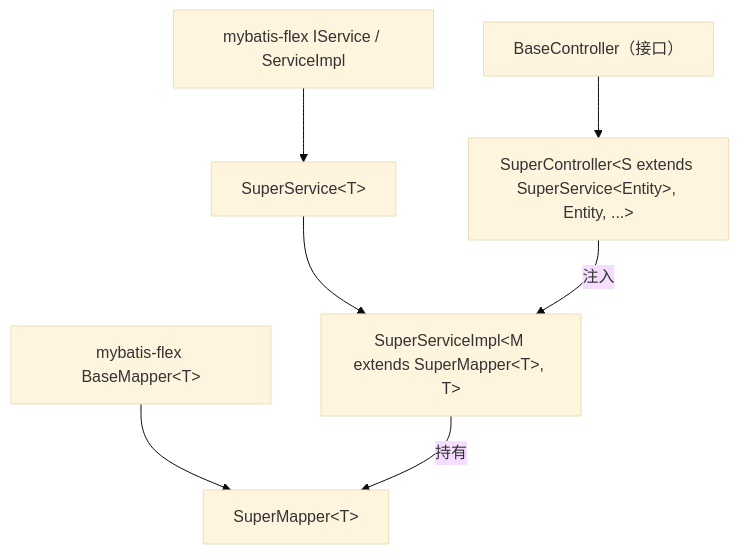
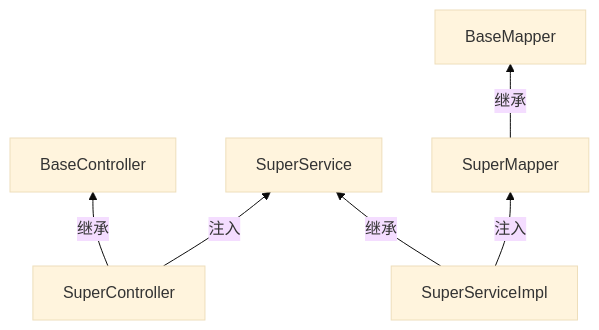
Before and after one commit to henhen6/mdp-docs: the diagram in src/doc/source/mdp-base/md-mvc-flex.md, drawn with Mermaid (base theme). The commit also changed other lines of this file and 23 other files, not shown here.

````diff
--- a/src/doc/source/mdp-base/md-mvc-flex.md
+++ b/src/doc/source/mdp-base/md-mvc-flex.md
@@ -35,9 +35,8 @@
 ```mermaid
-flowchart TB
-    BC["BaseController（接口）"] --> SC["SuperController&lt;S extends SuperService&lt;Entity&gt;, Entity, ...&gt;"]
-    FXS["mybatis-flex IService / ServiceImpl"] --> SS["SuperService&lt;T&gt;"]
-    SS --> SSI["SuperServiceImpl&lt;M extends SuperMapper&lt;T&gt;, T&gt;"]
-    FXM["mybatis-flex BaseMapper&lt;T&gt;"] --> SM["SuperMapper&lt;T&gt;"]
-    SC -->|"注入"| SSI
-    SSI -->|"持有"| SM
+flowchart BT
+    SC["SuperController"] -->|"继承"| BC["BaseController"]
+    SSI["SuperServiceImpl"] -->|"继承"| SS["SuperService"]
+    SM["SuperMapper"] -->|"继承"| FXM["BaseMapper"]
+    SC -->|"注入"| SS
+    SSI -->|"注入"| SM
 ```
````
